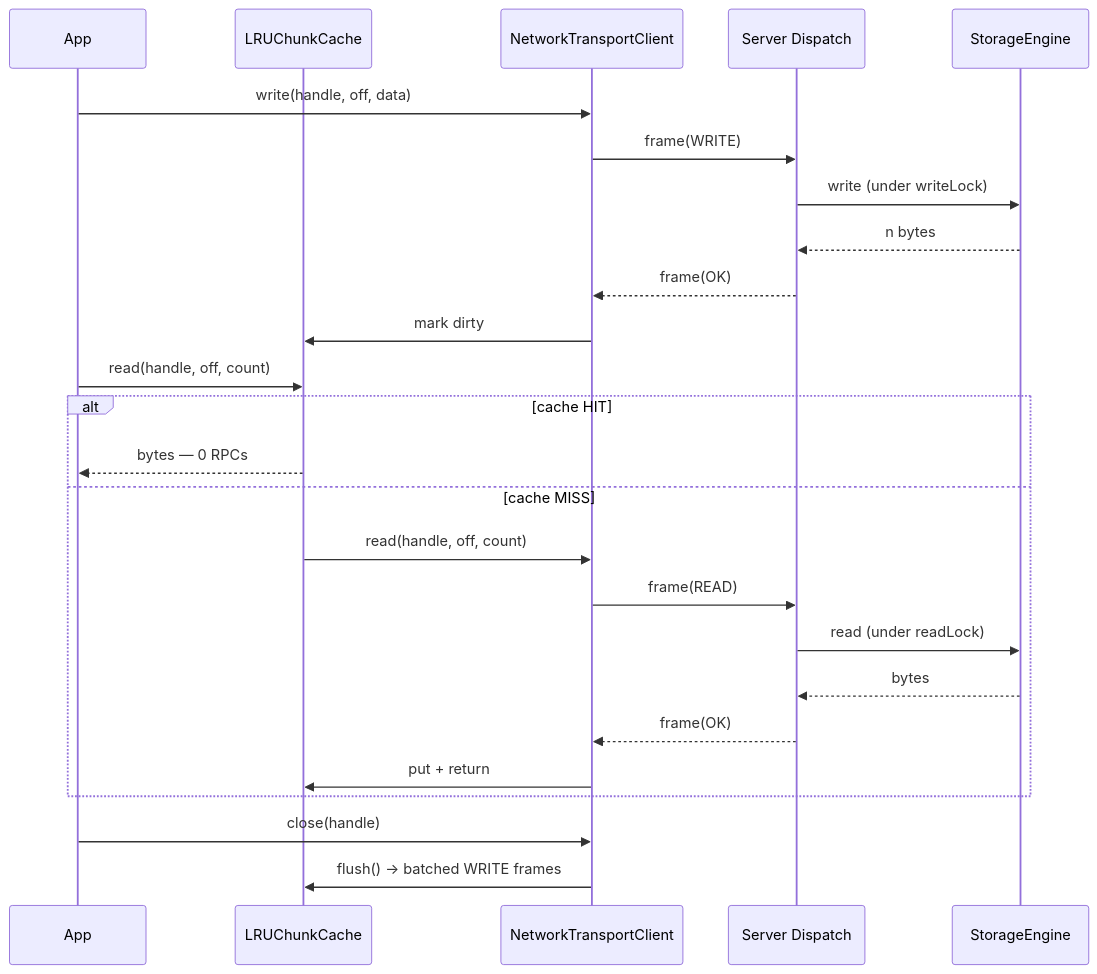
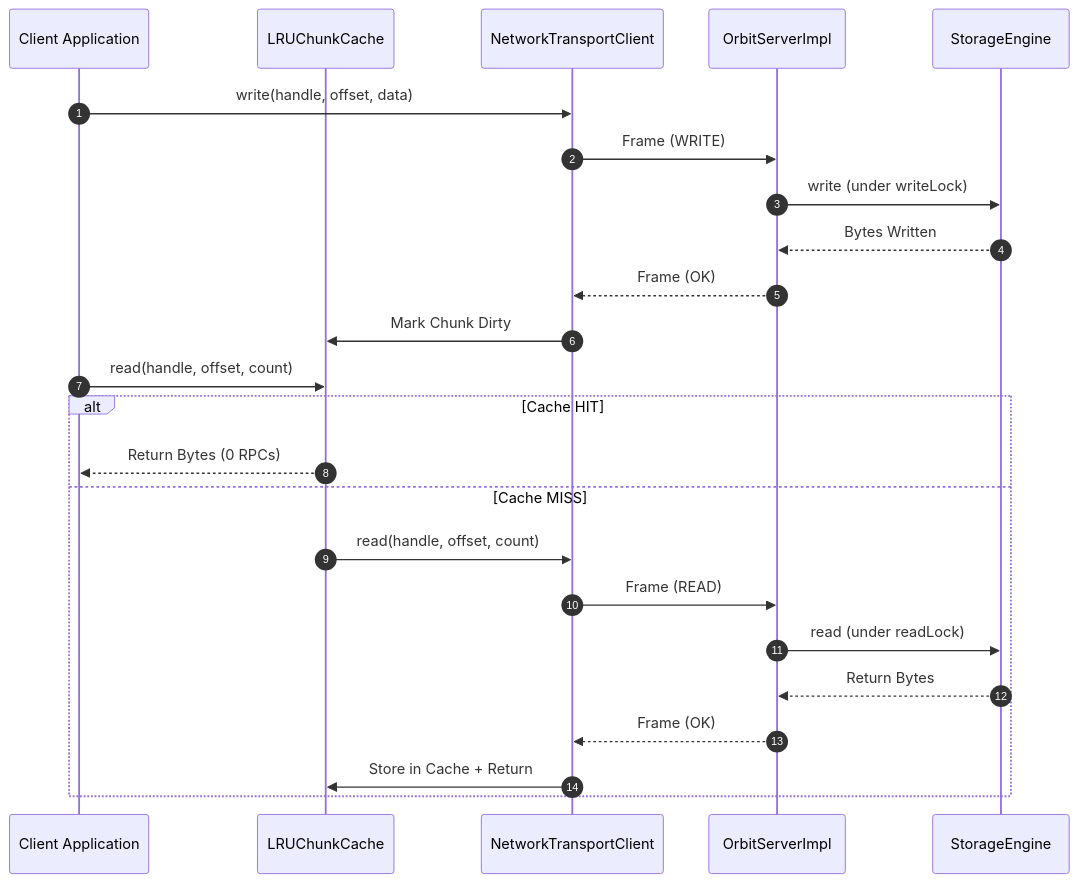
The second of 3 diagrams in DESIGN.md (Rishabh2804/OrbitFS), drawn with Mermaid before and after one commit. The commit also changed other lines of this file and 1 other file, not shown here.

Commit message:
docs: refresh README.md and DESIGN.md with Mermaid diagrams and API/CLI guides (#65)

````diff
--- a/DESIGN.md
+++ b/DESIGN.md
@@ -120,30 +33,28 @@
 ```mermaid
 sequenceDiagram
-    participant App
+    autonumber
+    participant App as Client Application
     participant Cache as LRUChunkCache
     participant NTC as NetworkTransportClient
-    participant Disp as Server Dispatch
+    participant Disp as OrbitServerImpl
     participant Eng as StorageEngine
 
-    App->>NTC: write(handle, off, data)
-    NTC->>Disp: frame(WRITE)
+    App->>NTC: write(handle, offset, data)
+    NTC->>Disp: Frame (WRITE)
     Disp->>Eng: write (under writeLock)
-    Eng-->>Disp: n bytes
-    Disp-->>NTC: frame(OK)
-    NTC->>Cache: mark dirty
+    Eng-->>Disp: Bytes Written
+    Disp-->>NTC: Frame (OK)
+    NTC->>Cache: Mark Chunk Dirty
 
-    App->>Cache: read(handle, off, count)
-    alt cache HIT
-        Cache-->>App: bytes — 0 RPCs
-    else cache MISS
-        Cache->>NTC: read(handle, off, count)
-        NTC->>Disp: frame(READ)
+    App->>Cache: read(handle, offset, count)
+    alt Cache HIT
+        Cache-->>App: Return Bytes (0 RPCs)
+    else Cache MISS
+        Cache->>NTC: read(handle, offset, count)
+        NTC->>Disp: Frame (READ)
         Disp->>Eng: read (under readLock)
-        Eng-->>Disp: bytes
-        Disp-->>NTC: frame(OK)
-        NTC->>Cache: put + return
+        Eng-->>Disp: Return Bytes
+        Disp-->>NTC: Frame (OK)
+        NTC->>Cache: Store in Cache + Return
     end
-
-    App->>NTC: close(handle)
-    NTC->>Cache: flush() → batched WRITE frames
 ```
````
